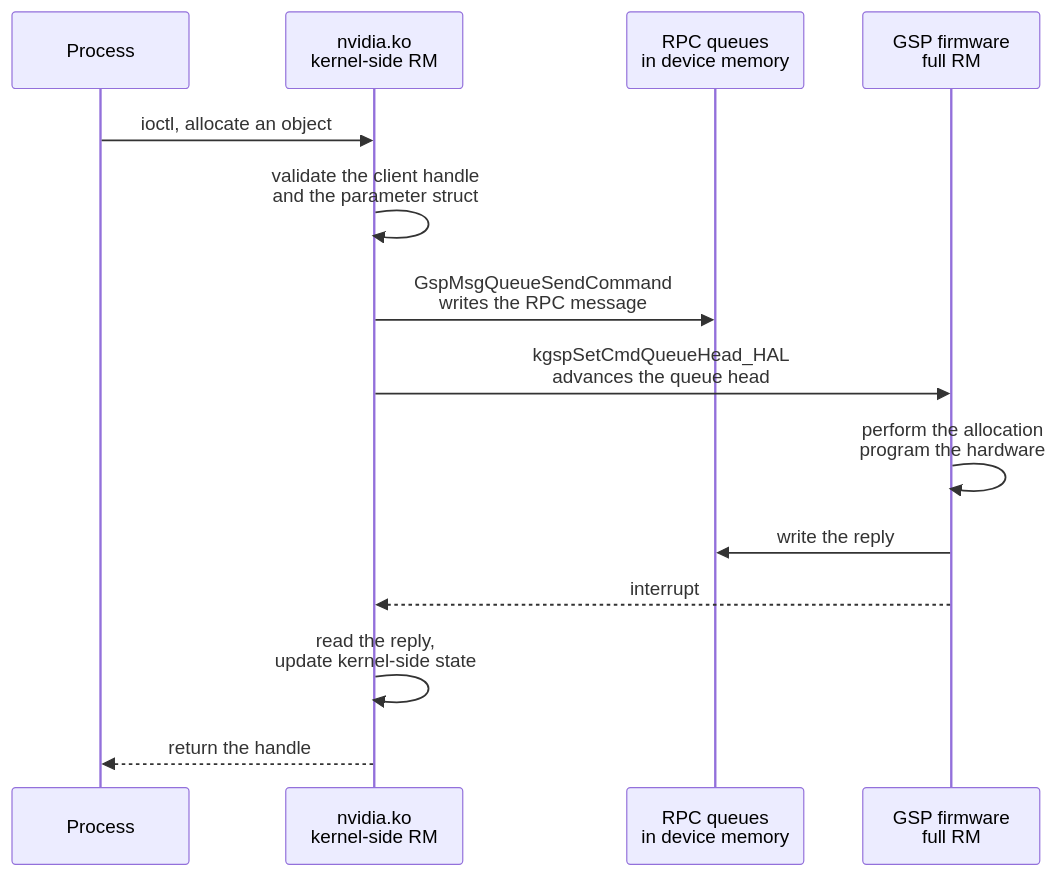
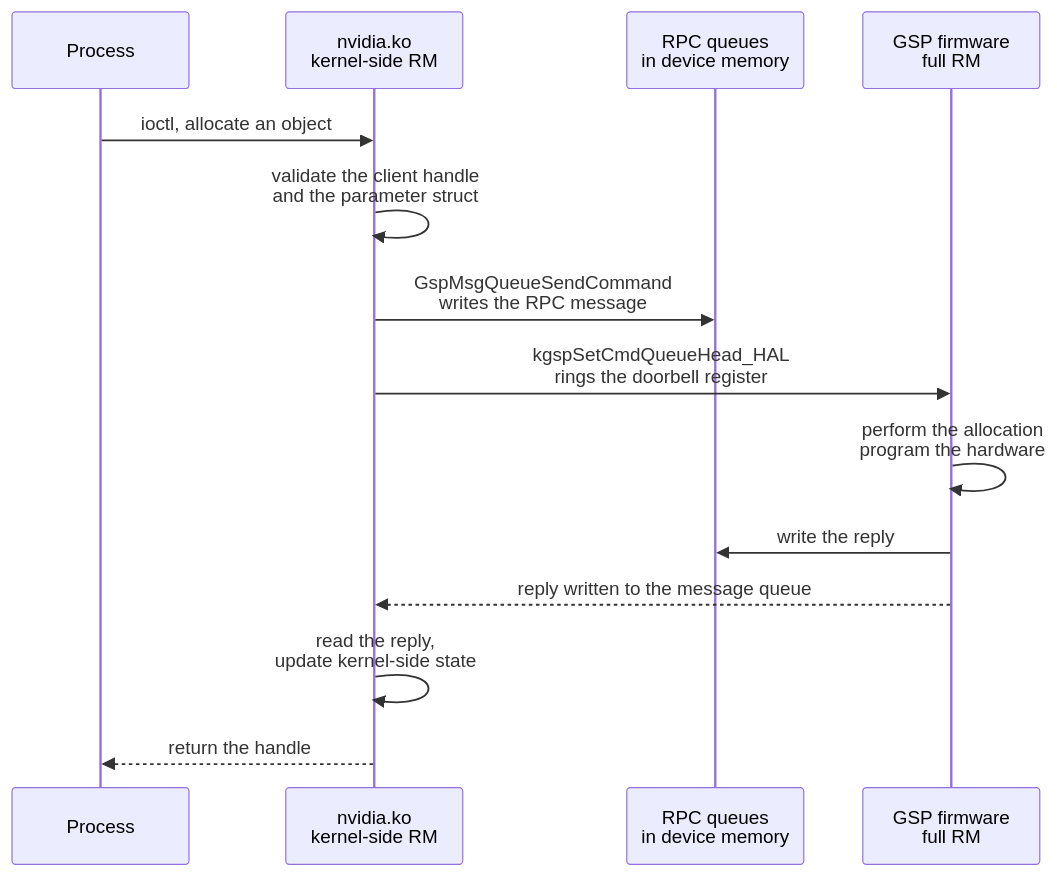
Before and after one commit to Indspl0it/gspwn: the diagram in docs/src/content/docs/knowledgebase/gsp-offload.mdx, drawn with Mermaid. The commit also changed other lines of this file and 26 other files, not shown here.

````diff
--- a/docs/src/content/docs/knowledgebase/gsp-offload.mdx
+++ b/docs/src/content/docs/knowledgebase/gsp-offload.mdx
@@ -12,17 +12,17 @@
 ```mermaid
 sequenceDiagram
   participant P as Process
   participant K as nvidia.ko<br/>kernel-side RM
   participant Q as RPC queues<br/>in device memory
   participant G as GSP firmware<br/>full RM
 
   P->>K: ioctl, allocate an object
   K->>K: validate the client handle<br/>and the parameter struct
   K->>Q: GspMsgQueueSendCommand<br/>writes the RPC message
-  K->>G: kgspSetCmdQueueHead_HAL<br/>advances the queue head
+  K->>G: kgspSetCmdQueueHead_HAL<br/>rings the doorbell register
   G->>G: perform the allocation<br/>program the hardware
   G->>Q: write the reply
-  G-->>K: interrupt
+  G-->>K: reply written to the message queue
   K->>K: read the reply,<br/>update kernel-side state
   K-->>P: return the handle
 ```
````
